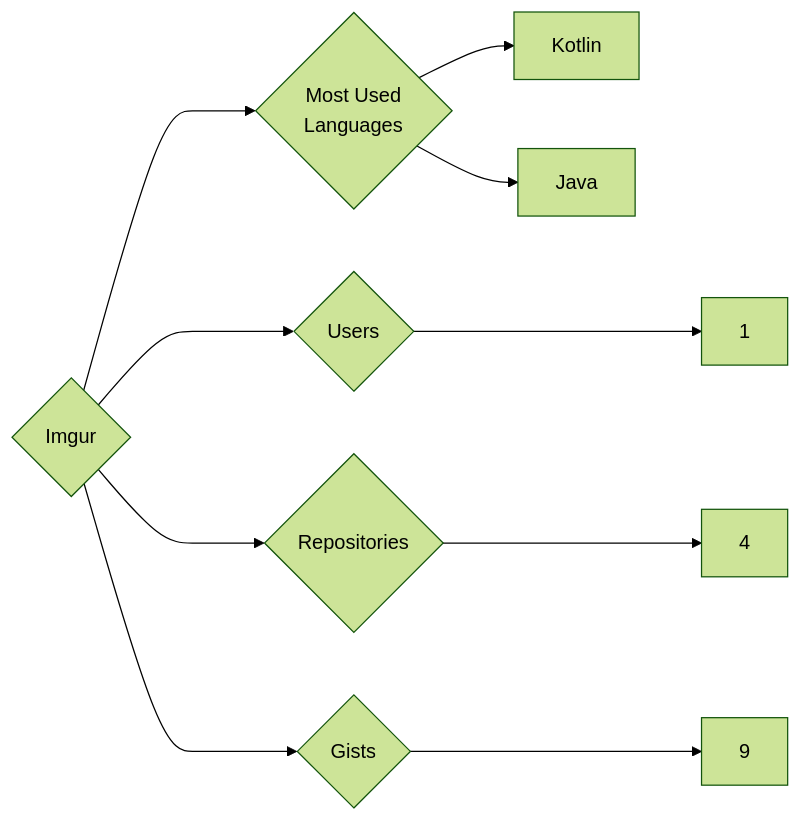
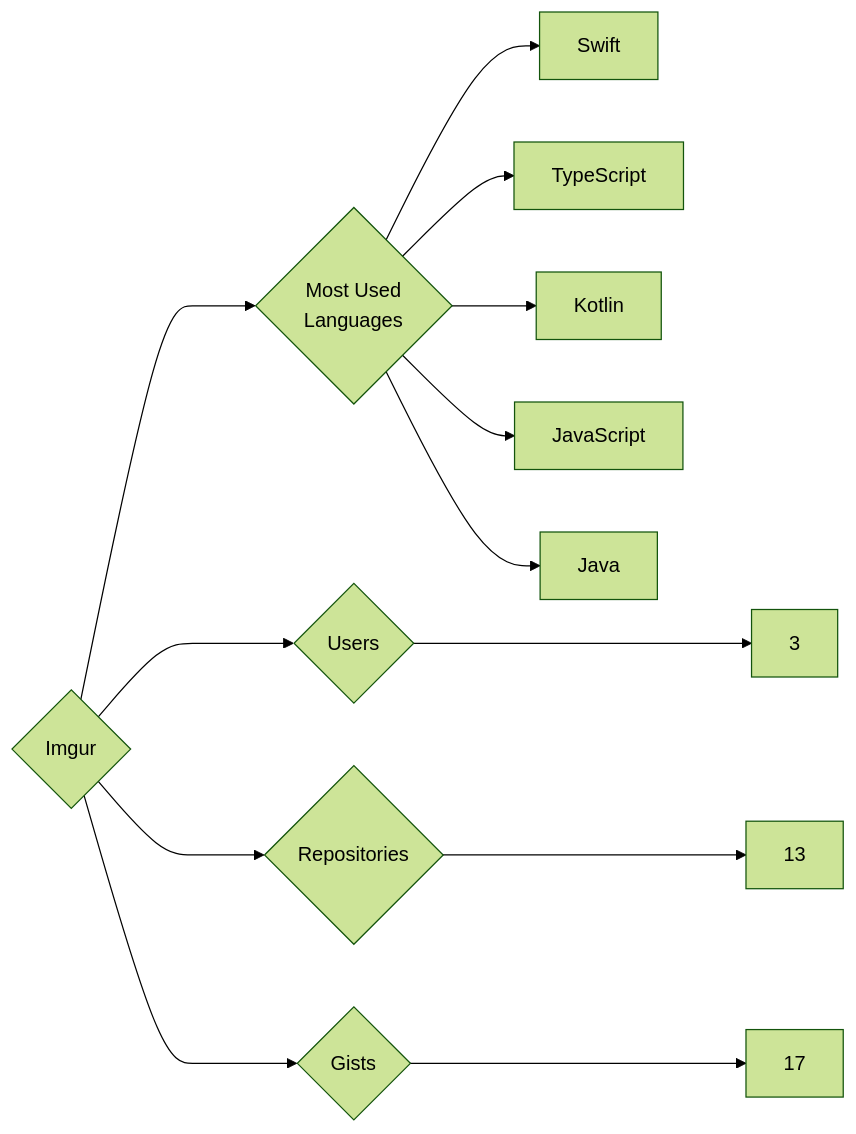
One commit to trickest/insiders changed the diagram in targets/Imgur/README.md. Above: the diagram before and after it, drawn with Mermaid (forest theme). The commit also changed 873 other files, not shown here.

````diff
--- a/targets/Imgur/README.md
+++ b/targets/Imgur/README.md
@@ -3,10 +3,13 @@
 ```mermaid
 graph LR
 COMPANY_NAME{Imgur}
-COMPANY_NAME ---> U{Users} ---> UN[1]
-COMPANY_NAME ---> R{Repositories} ---> RN[4]
-COMPANY_NAME ---> G{Gists} ---> GN[9]
+COMPANY_NAME ---> U{Users} ---> UN[3]
+COMPANY_NAME ---> R{Repositories} ---> RN[13]
+COMPANY_NAME ---> G{Gists} ---> GN[17]
 COMPANY_NAME ---> ML{Most Used<br>Languages}
+ML --> Swift[Swift]
+ML --> TypeScript[TypeScript]
 ML --> Kotlin[Kotlin]
+ML --> JavaScript[JavaScript]
 ML --> Java[Java]
 ```
````
